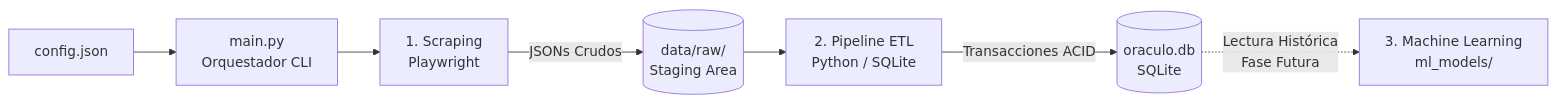
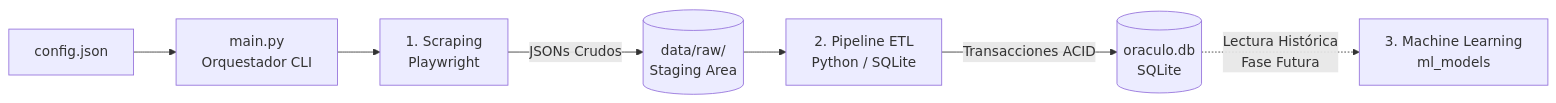
The first of 5 diagrams in docs/arquitectura-del-sistema.md (Fbcc98/Oraculo), drawn with Mermaid before and after one commit. The commit also changed other lines of this file, not shown here.

Commit message:
Docs(docs): correcion en un detalle de documento arquitectura-del-sistema.md

````diff
--- a/docs/arquitectura-del-sistema.md
+++ b/docs/arquitectura-del-sistema.md
@@ -23,9 +23,9 @@
 ```mermaid
 flowchart LR
     CFG[config.json] --> MAIN[main.py\nOrquestador CLI]
     MAIN --> SCR[1. Scraping\nPlaywright]
     SCR -->|JSONs Crudos| RAW[(data/raw/\nStaging Area)]
     RAW --> ETL[2. Pipeline ETL\nPython / SQLite]
     ETL -->|Transacciones ACID| DB[(oraculo.db\nSQLite)]
-    DB -.->|Lectura Histórica\nFase Futura| ML[3. Machine Learning\nml_models/]
+    DB -.->|Lectura Histórica\nFase Futura| ML[3. Machine Learning\nml_models]
 ```
````
